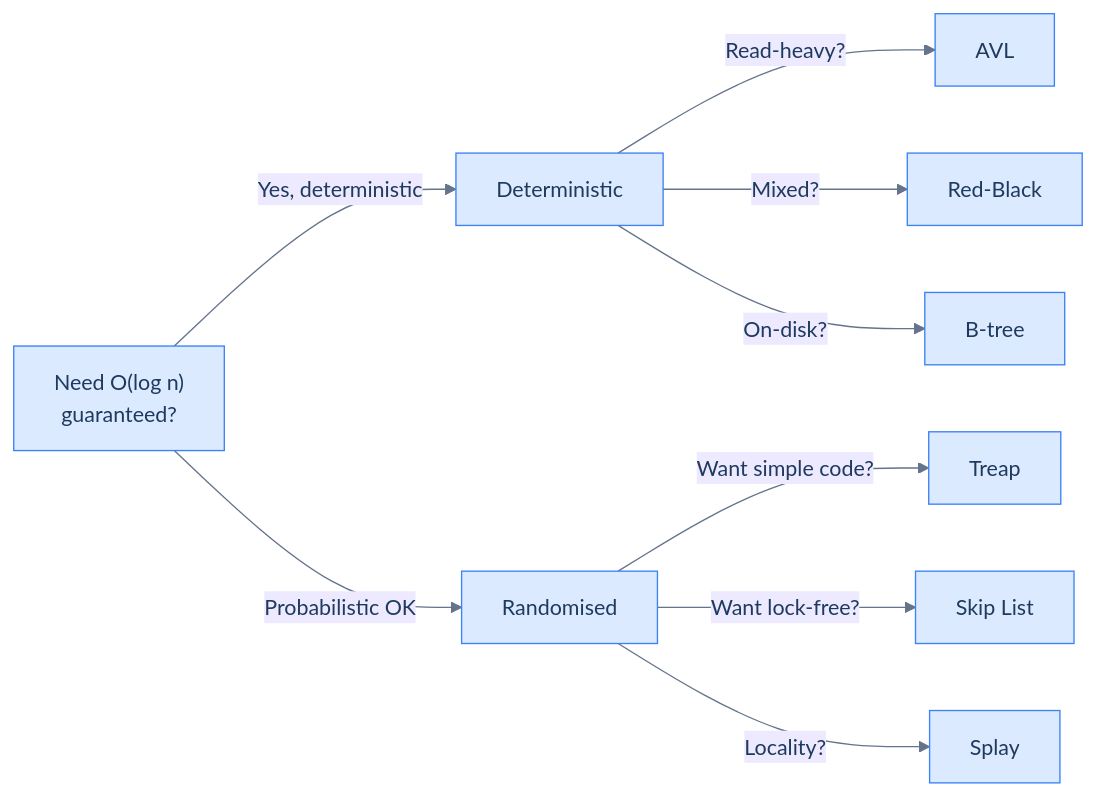
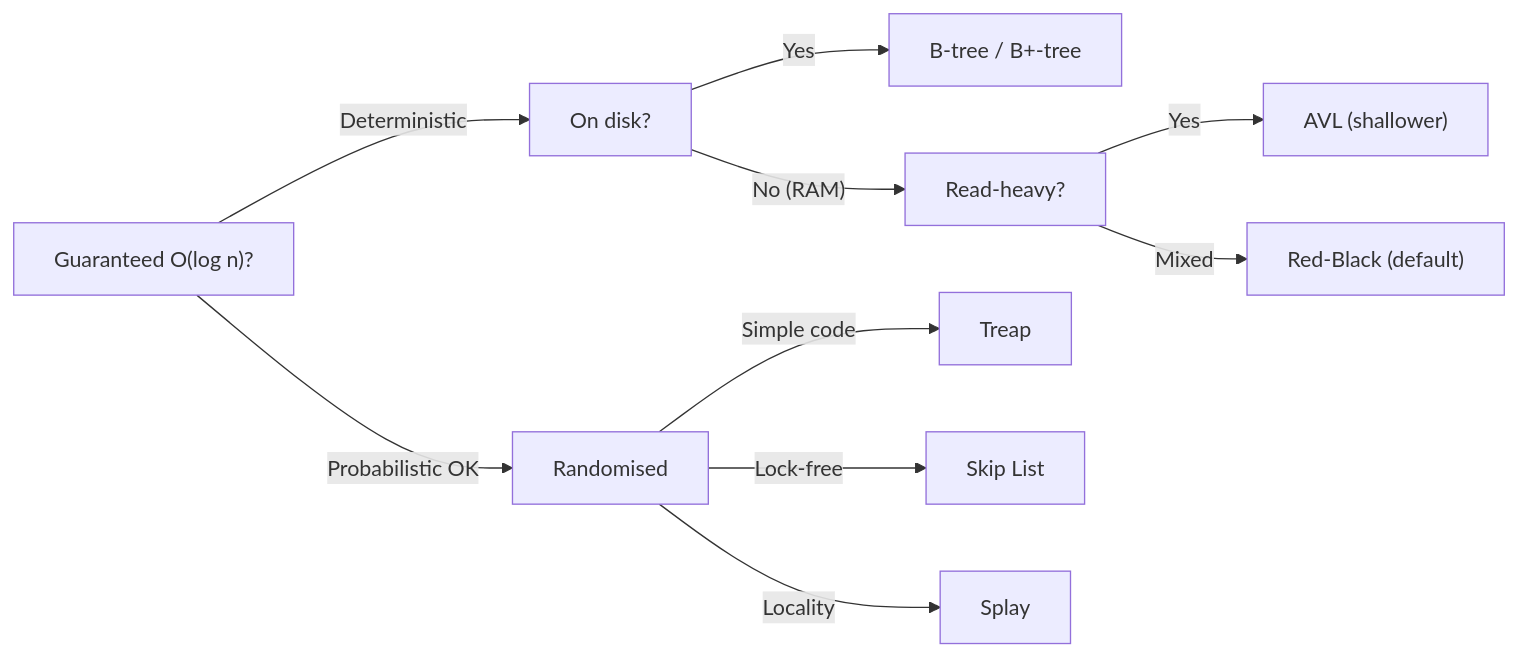
Before and after one commit to ani2fun/codefolio: the diagram in content/cortex/data-structures-and-algorithms/03-trees/05-self-balancing-bst-overview/01-self-balancing-bst-overview.md, drawn with Mermaid. The commit also changed other lines of this file and 1049 other files, not shown here.

````diff
--- a/content/cortex/data-structures-and-algorithms/03-trees/05-self-balancing-bst-overview/01-self-balancing-bst-overview.md
+++ b/content/cortex/data-structures-and-algorithms/03-trees/05-self-balancing-bst-overview/01-self-balancing-bst-overview.md
@@ -149,25 +70,12 @@
 ```mermaid
----
-config:
-  theme: base
-  themeVariables:
-    primaryColor: "#dbeafe"
-    primaryBorderColor: "#3b82f6"
-    primaryTextColor: "#1e3a5f"
-    lineColor: "#64748b"
-    secondaryColor: "#ede9fe"
-    tertiaryColor: "#fef9c3"
----
 flowchart LR
-  PROBLEM["Need O(log n)<br/>guaranteed?"]
-  PROBLEM -->|"Yes, deterministic"| DETERM["Deterministic"]
-  PROBLEM -->|"Probabilistic OK"| PROB["Randomised"]
-
-  DETERM -->|"Read-heavy?"| AVL["AVL"]
-  DETERM -->|"Mixed?"| RB["Red-Black"]
-  DETERM -->|"On-disk?"| B["B-tree"]
-
-  PROB -->|"Want simple code?"| TREAP["Treap"]
-  PROB -->|"Want lock-free?"| SKIP["Skip List"]
-  PROB -->|"Locality?"| SPLAY["Splay"]
+  Q["Guaranteed O(log n)?"] -->|Deterministic| D["On disk?"]
+  Q -->|Probabilistic OK| P["Randomised"]
+  D -->|Yes| B["B-tree / B+-tree"]
+  D -->|"No (RAM)"| RW["Read-heavy?"]
+  RW -->|Yes| AVL["AVL (shallower)"]
+  RW -->|Mixed| RB["Red-Black (default)"]
+  P -->|Simple code| TREAP["Treap"]
+  P -->|Lock-free| SKIP["Skip List"]
+  P -->|Locality| SPLAY["Splay"]
 ```
````
